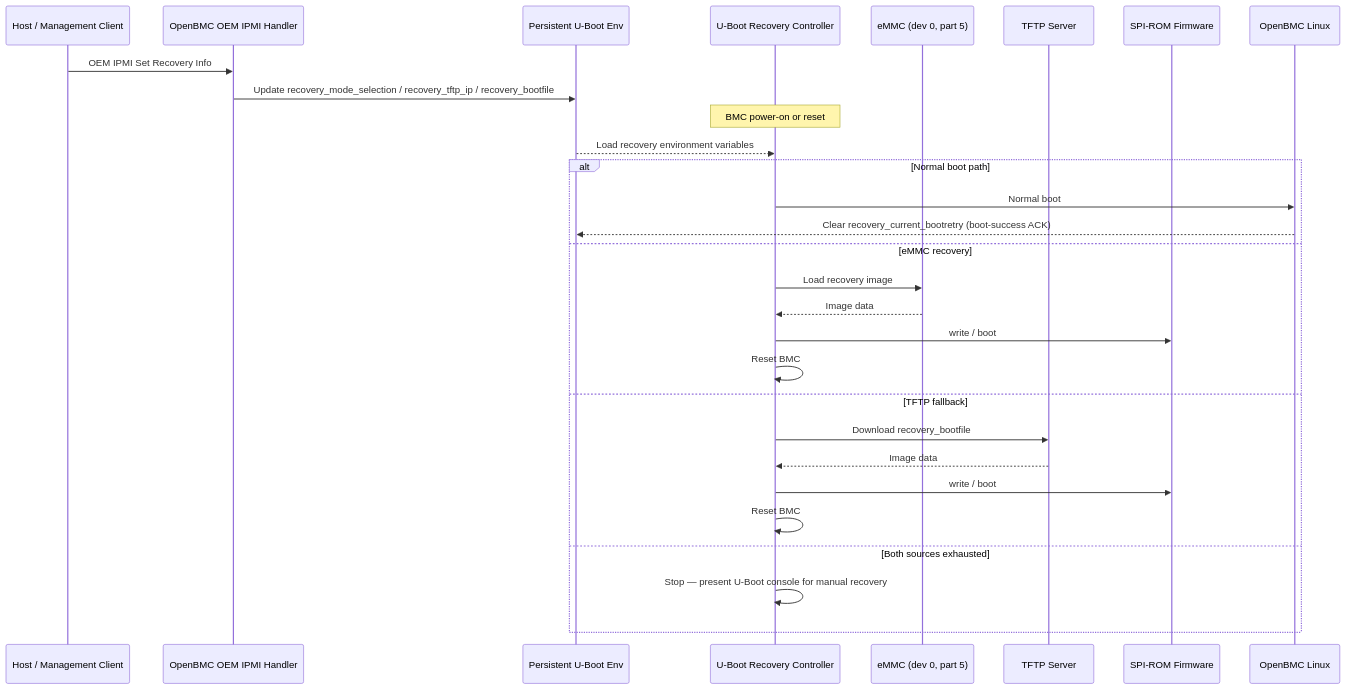
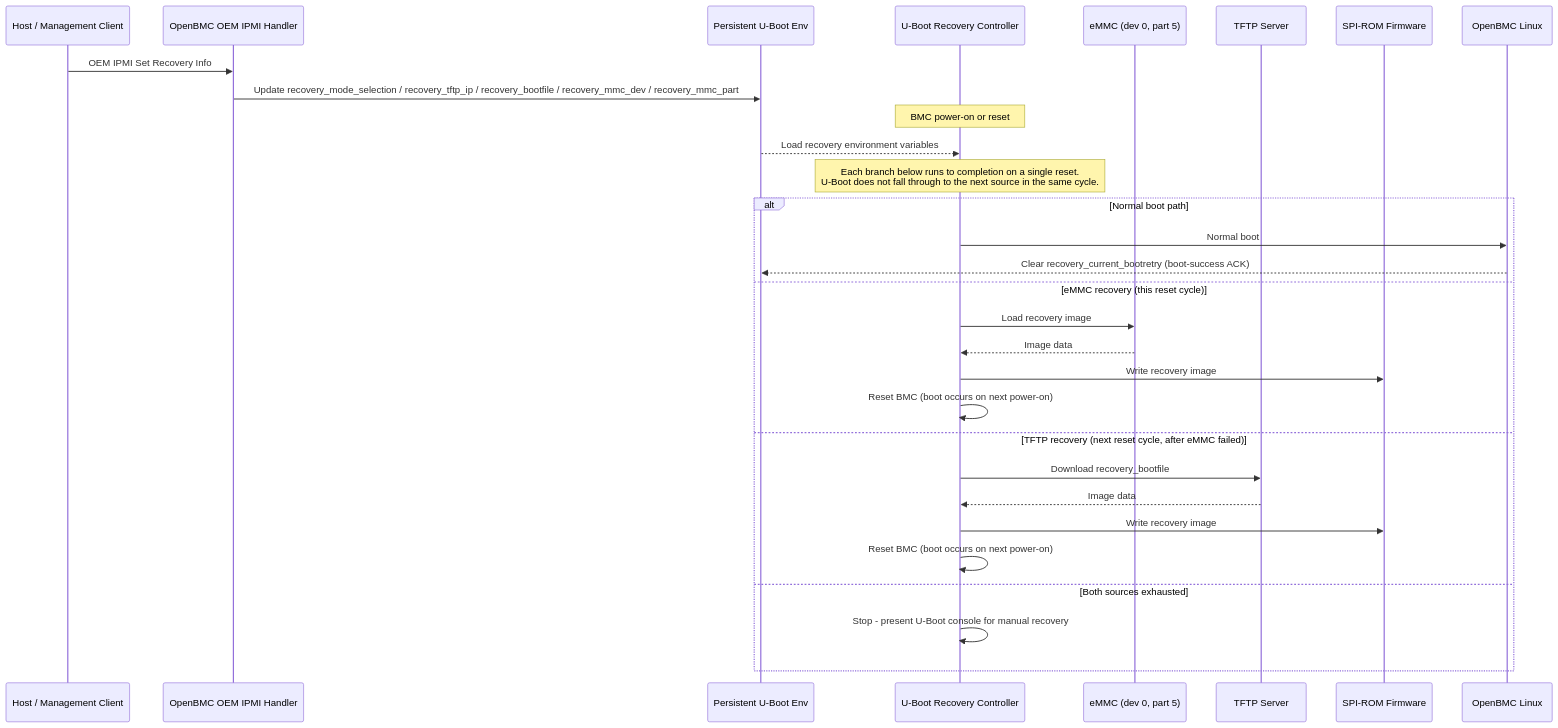
The first of 2 diagrams in BMC_Firmware_Auto_Recovery_OpenBMC_Design.md (ocp-hm-openbmc-opf-ami/docs), drawn with Mermaid before and after one commit. The commit also changed other lines of this file, not shown here.

````diff
--- a/BMC_Firmware_Auto_Recovery_OpenBMC_Design.md
+++ b/BMC_Firmware_Auto_Recovery_OpenBMC_Design.md
@@ -41,34 +38,35 @@
 ```mermaid
 sequenceDiagram
     participant Host as Host / Management Client
     participant IPMI as OpenBMC OEM IPMI Handler
     participant Env as Persistent U-Boot Env
     participant UBoot as U-Boot Recovery Controller
     participant EMMC as eMMC (dev 0, part 5)
     participant TFTP as TFTP Server
     participant SPI as SPI-ROM Firmware
     participant Linux as OpenBMC Linux
 
     Host->>IPMI: OEM IPMI Set Recovery Info
-    IPMI->>Env: Update recovery_mode_selection / recovery_tftp_ip / recovery_bootfile
+    IPMI->>Env: Update recovery_mode_selection / recovery_tftp_ip / recovery_bootfile / recovery_mmc_dev / recovery_mmc_part
 
     Note over UBoot: BMC power-on or reset
     Env-->>UBoot: Load recovery environment variables
 
+    Note over UBoot: Each branch below runs to completion on a single reset.<br/>U-Boot does not fall through to the next source in the same cycle.
     alt Normal boot path
         UBoot->>Linux: Normal boot
         Linux-->>Env: Clear recovery_current_bootretry (boot-success ACK)
-    else eMMC recovery
+    else eMMC recovery (this reset cycle)
         UBoot->>EMMC: Load recovery image
         EMMC-->>UBoot: Image data
-        UBoot->>SPI: write / boot
-        UBoot->>UBoot: Reset BMC
-    else TFTP fallback
+        UBoot->>SPI: Write recovery image
+        UBoot->>UBoot: Reset BMC (boot occurs on next power-on)
+    else TFTP recovery (next reset cycle, after eMMC failed)
         UBoot->>TFTP: Download recovery_bootfile
         TFTP-->>UBoot: Image data
-        UBoot->>SPI: write / boot
-        UBoot->>UBoot: Reset BMC
+        UBoot->>SPI: Write recovery image
+        UBoot->>UBoot: Reset BMC (boot occurs on next power-on)
     else Both sources exhausted
-        UBoot->>UBoot: Stop — present U-Boot console for manual recovery
+        UBoot->>UBoot: Stop - present U-Boot console for manual recovery
     end
 ```
````
